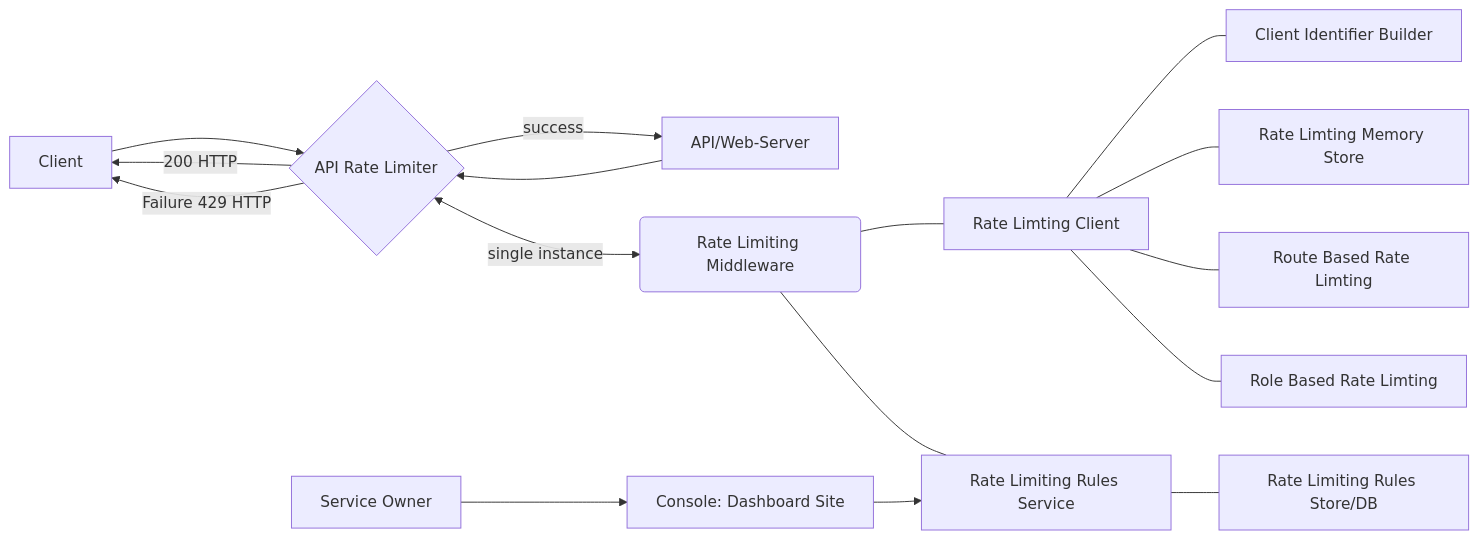
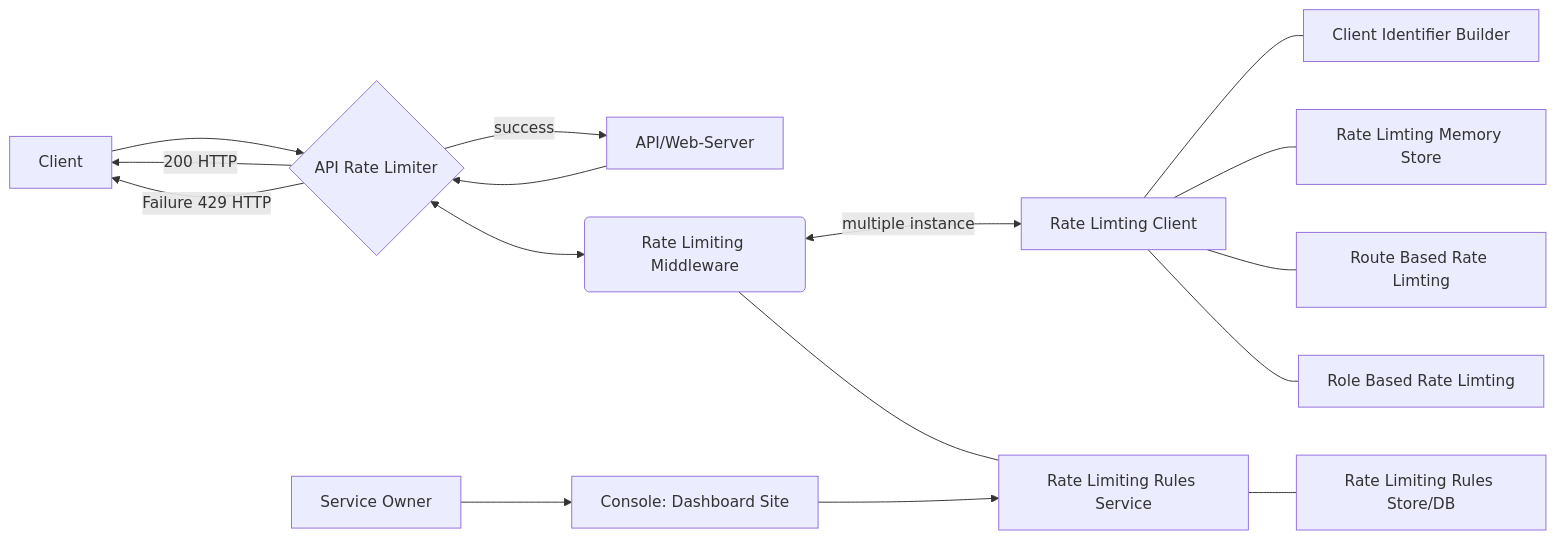
One commit to Real-Dev-Squad/docs changed the first of 4 diagrams in docs/dev/rate-limiting/README.md. Above: the diagram before and after it, drawn with Mermaid. The commit also changed other lines of this file, not shown here.

````diff
--- a/docs/dev/rate-limiting/README.md
+++ b/docs/dev/rate-limiting/README.md
@@ -36,17 +81,17 @@
 ```mermaid
 flowchart LR
     Client[Client] --> ARL{API Rate Limiter} -- success --> Server[API/Web-Server]
     Server --> ARL
     ARL -- 200 HTTP --> Client
     ARL -- Failure 429 HTTP --> Client
-    ARL <-- single instance --> RLM(Rate Limiting Middleware)
-    RLM --- RLC[Rate Limting Client]
+    ARL <--> RLM(Rate Limiting Middleware)
+    RLM <-- multiple instance --> RLC[Rate Limting Client]
     RLM --- RLRS[Rate Limiting Rules Service]
     RLC --- CIDB[Client Identifier Builder]
     RLC --- RLMS[Rate Limting Memory Store]
     RLC --- RBRLM[Route Based Rate Limting]
     RLC --- ROBRLM[Role Based Rate Limting]
     RLRC[Console: Dashboard Site] --> RLRS
     RLRS --- RLRDB[Rate Limiting Rules Store/DB]
     SO[Service Owner] --> RLRC
 ```
````
